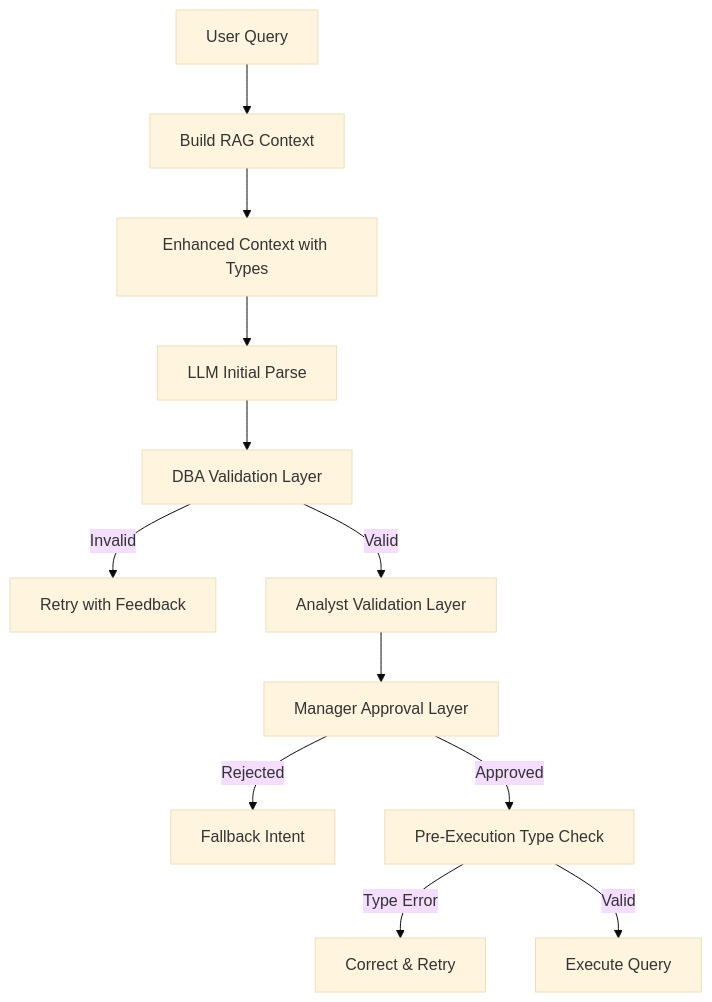
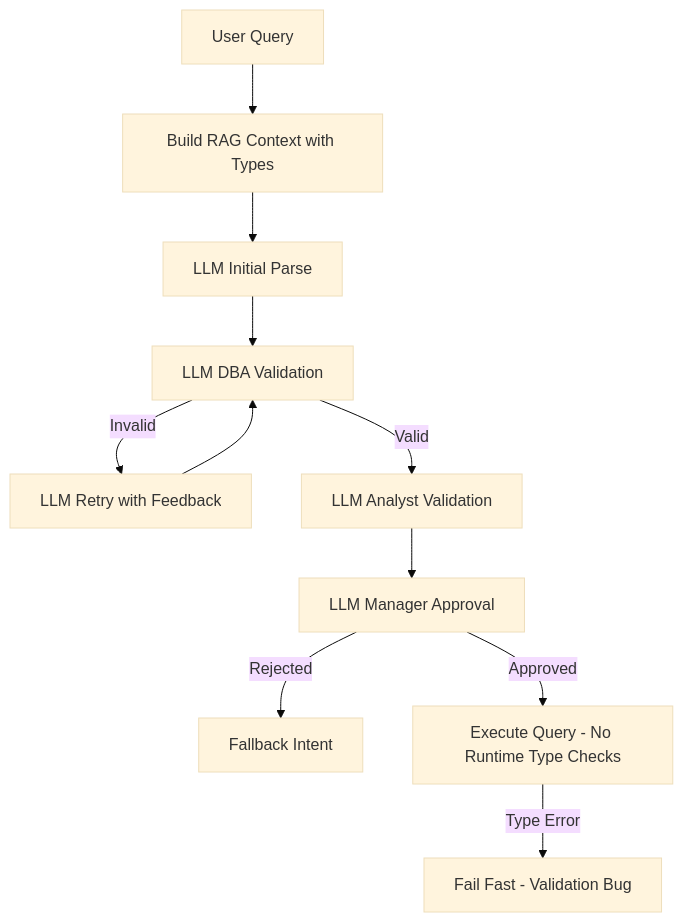
One commit to jtouley/md_data_explorer changed the diagram in .cursor/plans/rag_type_safety_and_multi-layer_validation_7eeb9d1f.plan.md. Above: the diagram before and after it, drawn with Mermaid (base theme). The commit also changed other lines of this file and 54 other files, not shown here.

````diff
--- a/.cursor/plans/rag_type_safety_and_multi-layer_validation_7eeb9d1f.plan.md
+++ b/.cursor/plans/rag_type_safety_and_multi-layer_validation_7eeb9d1f.plan.md
@@ -174,14 +244,13 @@
 ```mermaid
 graph TD
-    A[User Query] --> B[Build RAG Context]
-    B --> C[Enhanced Context with Types]
-    C --> D[LLM Initial Parse]
-    D --> E[DBA Validation Layer]
-    E -->|Invalid| F[Retry with Feedback]
-    E -->|Valid| G[Analyst Validation Layer]
-    G --> H[Manager Approval Layer]
-    H -->|Rejected| I[Fallback Intent]
-    H -->|Approved| J[Pre-Execution Type Check]
-    J -->|Type Error| K[Correct & Retry]
-    J -->|Valid| L[Execute Query]
+    A[User Query] --> B[Build RAG Context with Types]
+    B --> C[LLM Initial Parse]
+    C --> D[LLM DBA Validation]
+    D -->|Invalid| E[LLM Retry with Feedback]
+    E --> D
+    D -->|Valid| F[LLM Analyst Validation]
+    F --> G[LLM Manager Approval]
+    G -->|Rejected| H[Fallback Intent]
+    G -->|Approved| I[Execute Query - No Runtime Type Checks]
+    I -->|Type Error| J[Fail Fast - Validation Bug]
 ```
````
